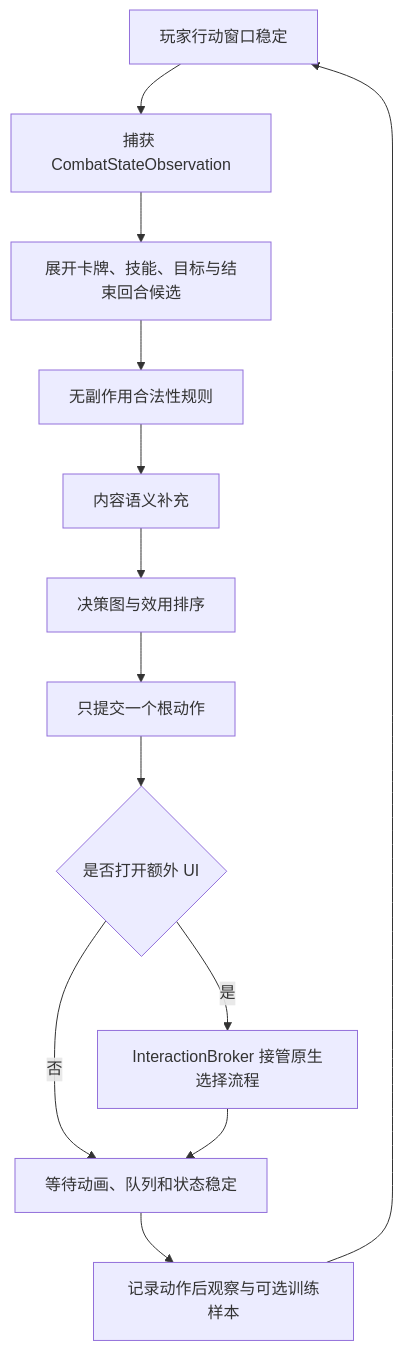
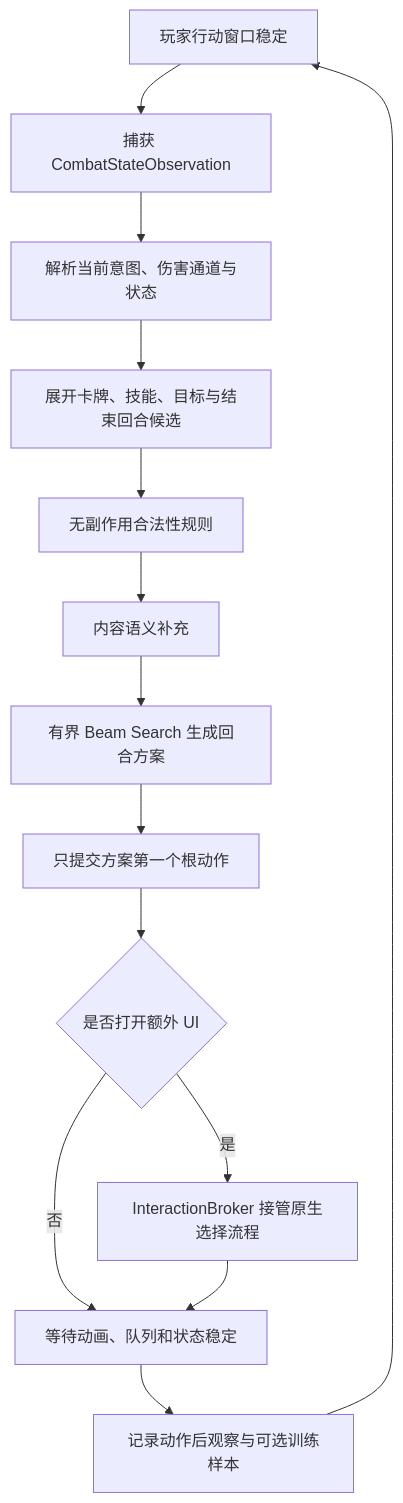
One commit to AuraKaliya/apocalyptic-journey-mod-SunExp changed the diagram in docs/AuraCombatAI/01-当前基线与系统架构.md. Above: the diagram before and after it, drawn with Mermaid. The commit also changed other lines of this file and 63 other files, not shown here.

````diff
--- a/docs/AuraCombatAI/01-当前基线与系统架构.md
+++ b/docs/AuraCombatAI/01-当前基线与系统架构.md
@@ -18,15 +18,16 @@
 ```mermaid
 flowchart TD
     A["玩家行动窗口稳定"] --> B["捕获 CombatStateObservation"]
-    B --> C["展开卡牌、技能、目标与结束回合候选"]
-    C --> D["无副作用合法性规则"]
-    D --> E["内容语义补充"]
-    E --> F["决策图与效用排序"]
-    F --> G["只提交一个根动作"]
-    G --> H{"是否打开额外 UI"}
+    B --> C["解析当前意图、伤害通道与状态"]
+    C --> D["展开卡牌、技能、目标与结束回合候选"]
+    D --> E["无副作用合法性规则"]
+    E --> F["内容语义补充"]
+    F --> G["有界 Beam Search 生成回合方案"]
+    G --> H0["只提交方案第一个根动作"]
+    H0 --> H{"是否打开额外 UI"}
     H -- "是" --> I["InteractionBroker 接管原生选择流程"]
     H -- "否" --> J["等待动画、队列和状态稳定"]
     I --> J
     J --> K["记录动作后观察与可选训练样本"]
     K --> A
 ```
````
